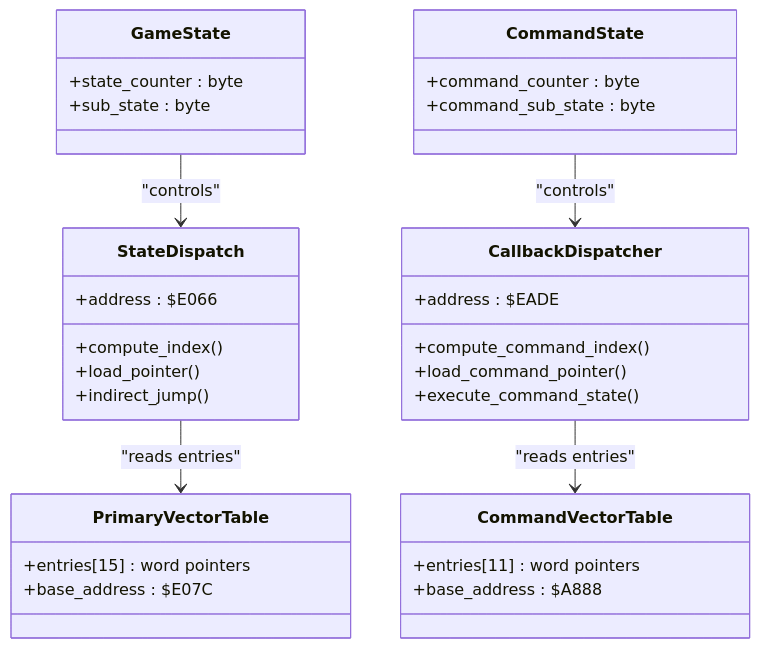
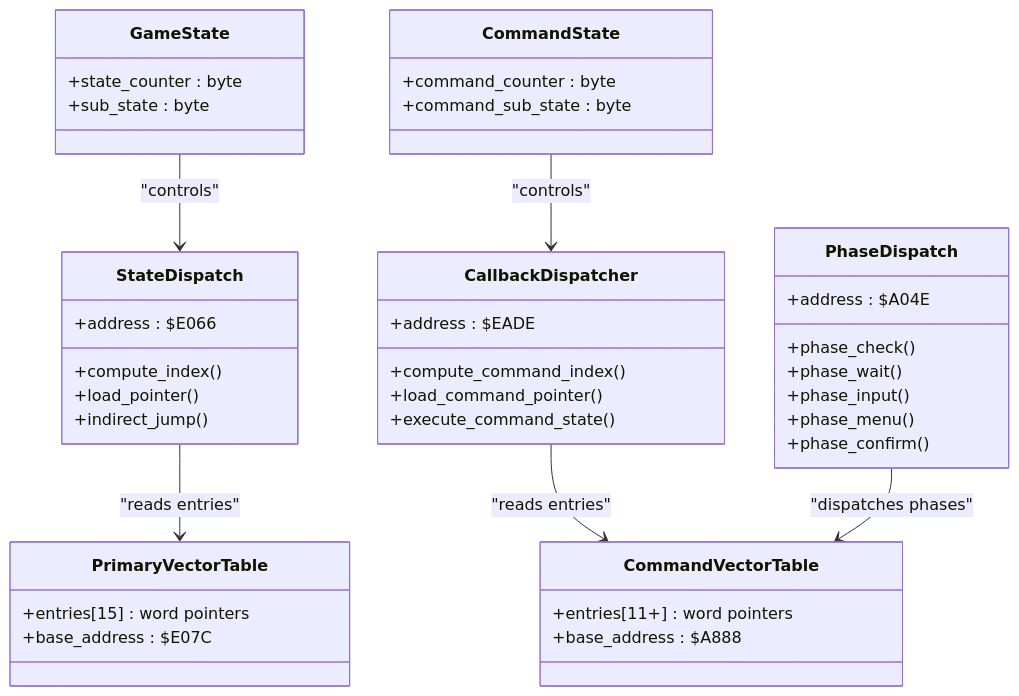
One commit to rabbyzero/sango2dasm changed the fourth of 7 diagrams in .qoder/repowiki/en/content/Game State Management/State Machine Architecture/State Machine Architecture.md. Above: the diagram before and after it, drawn with Mermaid. The commit also changed other lines of this file and 34 other files, not shown here.

````diff
--- a/.qoder/repowiki/en/content/Game State Management/State Machine Architecture/State Machine Architecture.md
+++ b/.qoder/repowiki/en/content/Game State Management/State Machine Architecture/State Machine Architecture.md
@@ -203,35 +222,44 @@
 ```mermaid
 classDiagram
 class PrimaryVectorTable {
 +entries[15] : word pointers
 +base_address : $E07C
 }
 class CommandVectorTable {
-+entries[11] : word pointers
++entries[11+] : word pointers
 +base_address : $A888
 }
 class StateDispatch {
 +compute_index()
 +load_pointer()
 +indirect_jump()
 +address : $E066
 }
 class CallbackDispatcher {
 +compute_command_index()
 +load_command_pointer()
 +execute_command_state()
 +address : $EADE
 }
+class PhaseDispatch {
++phase_check()
++phase_wait()
++phase_input()
++phase_menu()
++phase_confirm()
++address : $A04E
+}
 class GameState {
 +state_counter : byte
 +sub_state : byte
 }
 class CommandState {
 +command_counter : byte
 +command_sub_state : byte
 }
 StateDispatch --> PrimaryVectorTable : "reads entries"
 CallbackDispatcher --> CommandVectorTable : "reads entries"
+PhaseDispatch --> CommandVectorTable : "dispatches phases"
 GameState --> StateDispatch : "controls"
 CommandState --> CallbackDispatcher : "controls"
 ```
````
